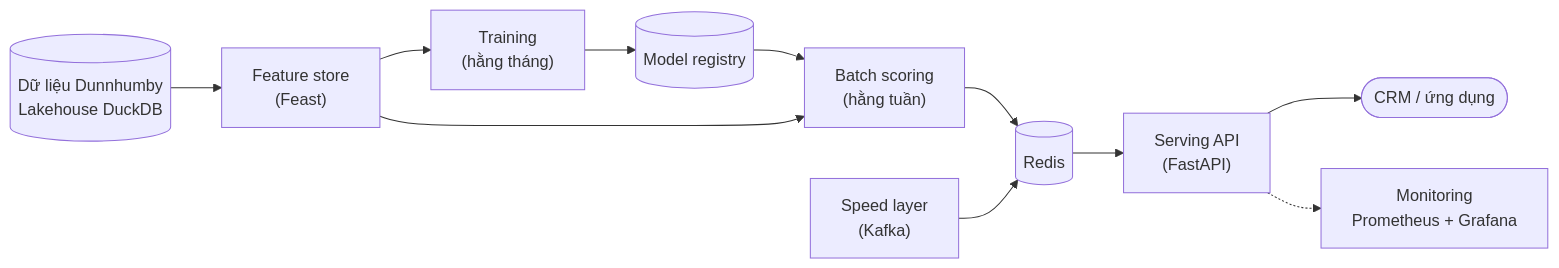
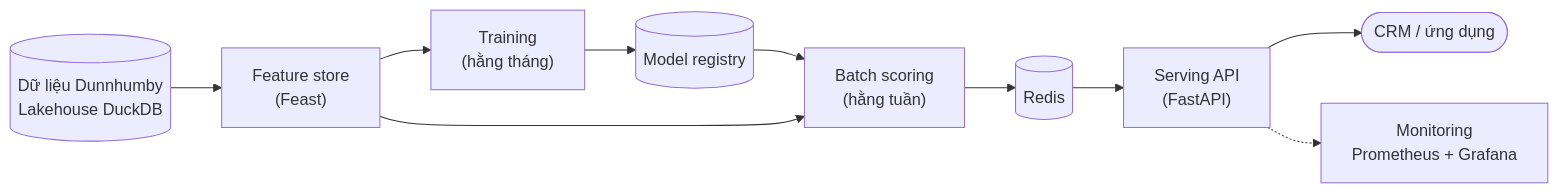
Before and after one commit to kien3007/PropensityModel: the first of 5 diagrams in docs/architecture/ARCHITECTURE.md, drawn with Mermaid. The commit also changed other lines of this file and 37 other files, not shown here.

First line of the commit message:
feat!: remove the streaming (speed) layer; serve weekly batch scores only

````diff
--- a/docs/architecture/ARCHITECTURE.md
+++ b/docs/architecture/ARCHITECTURE.md
@@ -11,20 +11,18 @@
 ```mermaid
 flowchart LR
     data[("Dữ liệu Dunnhumby<br/>Lakehouse DuckDB")]
     fs["Feature store<br/>(Feast)"]
     train["Training<br/>(hằng tháng)"]
     registry[("Model registry")]
     batch["Batch scoring<br/>(hằng tuần)"]
     redis[("Redis")]
-    speed["Speed layer<br/>(Kafka)"]
     api["Serving API<br/>(FastAPI)"]
     crm(["CRM / ứng dụng"])
     mon["Monitoring<br/>Prometheus + Grafana"]
 
     data --> fs --> train --> registry --> batch
     fs --> batch
     batch --> redis
-    speed --> redis
     redis --> api --> crm
     api -.-> mon
 ```
````
